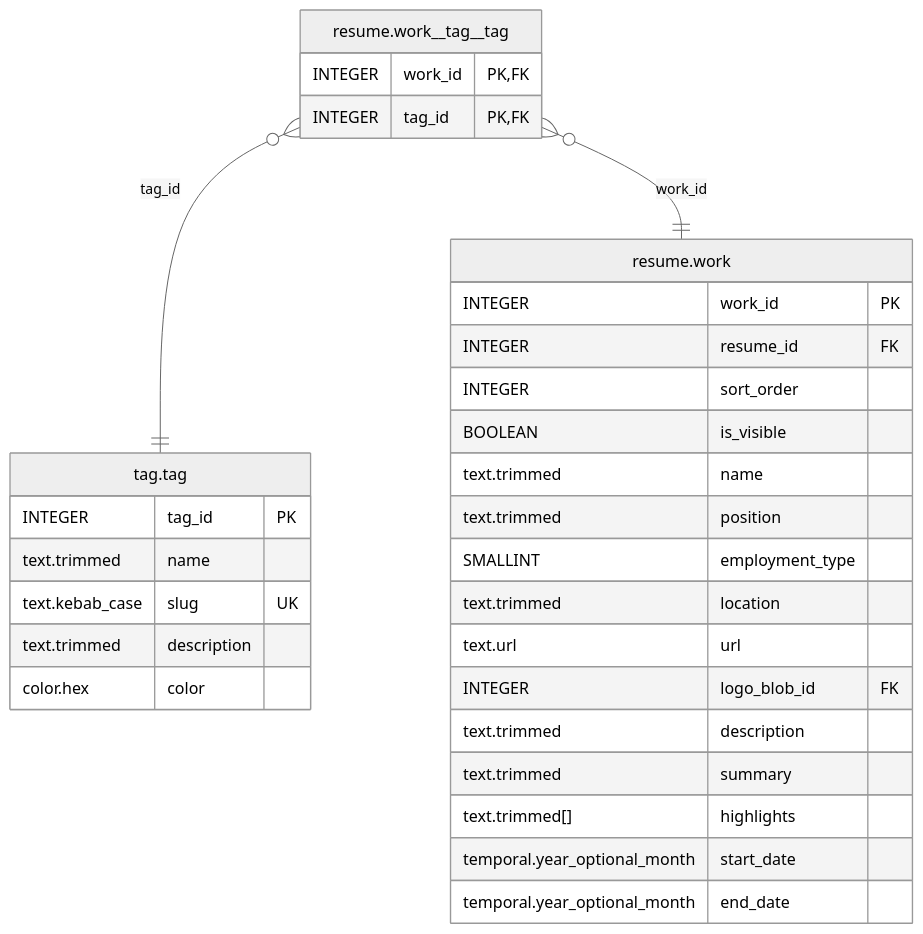
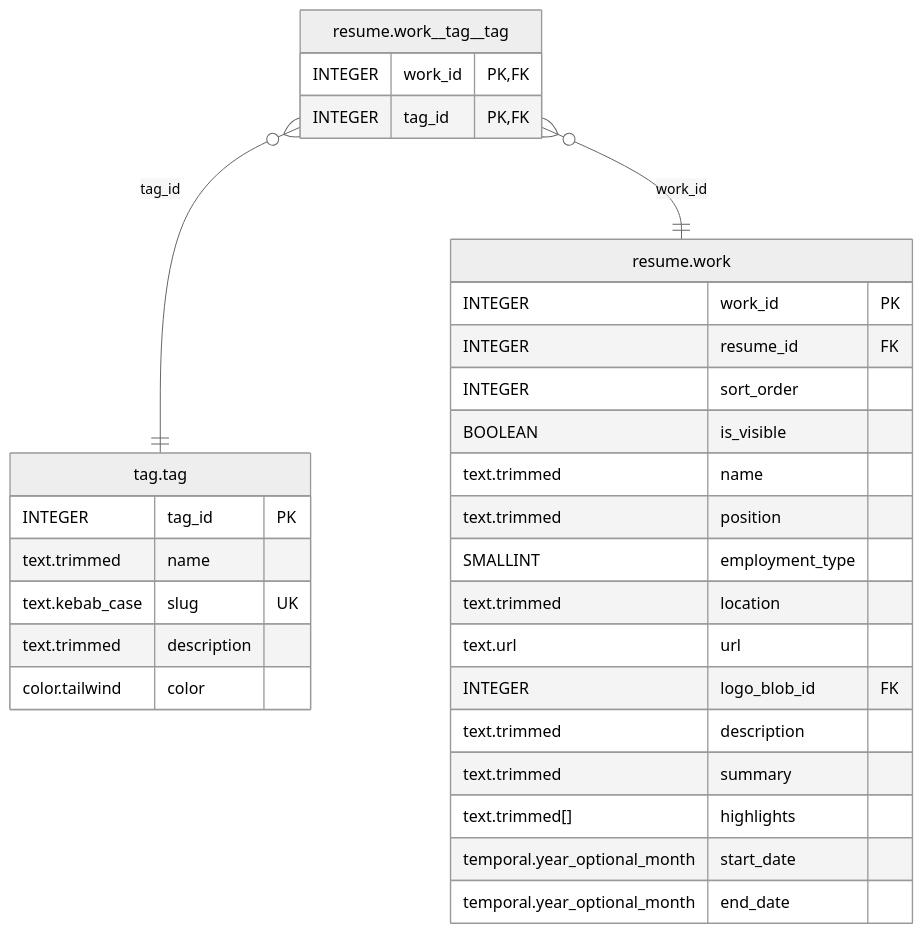
Before and after one commit to OlsonDev/josholson.dev: the diagram in docs/schema/resume.work__tag__tag.md, drawn with Mermaid (neutral theme). The commit also changed 18 other files, not shown here.

Commit message:
✨ Create the `seed` schema in the schema template through `Baking/seed_schema.sql` (`seed.hydration` holds the anchor; the script runs after the API role is provisioned and is part of the template hash) and add the root layer `minimal` with the tags Database, Language, and Tool

````diff
--- a/docs/schema/resume.work__tag__tag.md
+++ b/docs/schema/resume.work__tag__tag.md
@@ -37,37 +37,37 @@
 ```mermaid
 erDiagram
 
 "resume.work__tag__tag" }o--|| "tag.tag" : "tag_id"
 "resume.work__tag__tag" }o--|| "resume.work" : "work_id"
 
 "resume.work__tag__tag" {
   INTEGER work_id PK, FK
   INTEGER tag_id PK, FK
 }
 
 "tag.tag" {
   INTEGER tag_id PK
   text.trimmed name
   text.kebab_case slug UK
   text.trimmed description
-  color.hex color
+  color.tailwind color
 }
 
 "resume.work" {
   INTEGER work_id PK
   INTEGER resume_id FK
   INTEGER sort_order
   BOOLEAN is_visible
   text.trimmed name
   text.trimmed position
   SMALLINT employment_type
   text.trimmed location
   text.url url
   INTEGER logo_blob_id FK
   text.trimmed description
   text.trimmed summary
   text.trimmed[] highlights
   temporal.year_optional_month start_date
   temporal.year_optional_month end_date
 }
 ```
````
